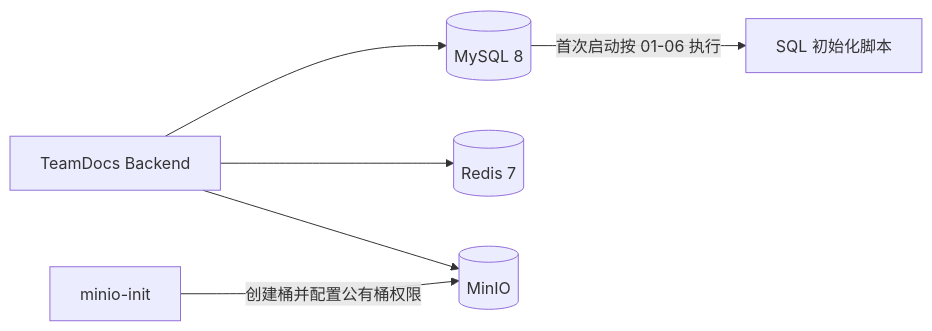
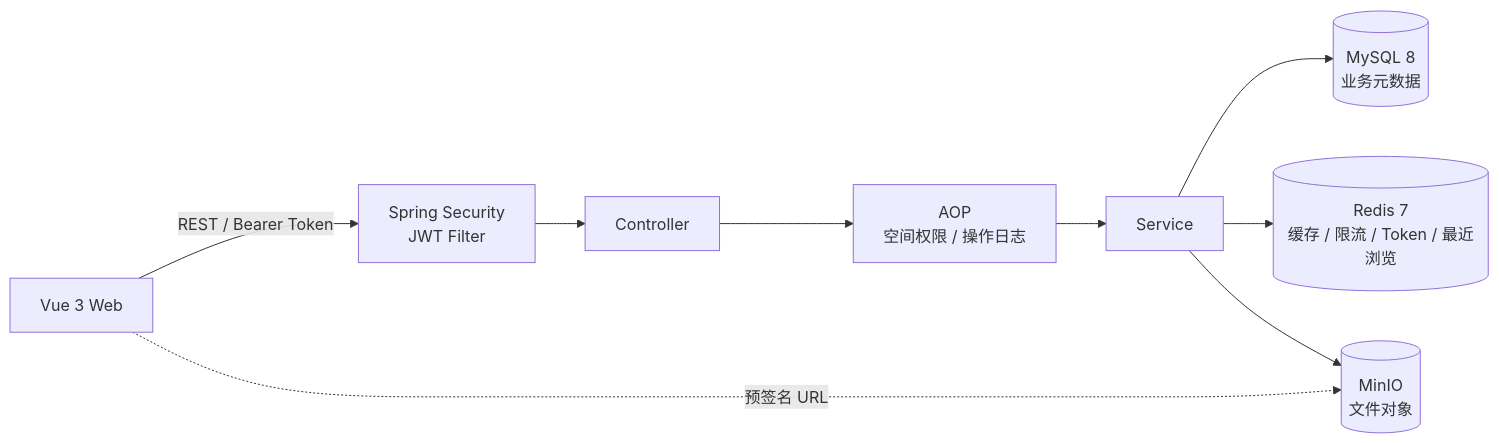
One commit to Git-creat7/teamdocs changed the diagram in README.md. Above: the diagram before and after it, drawn with Mermaid. The commit also changed other lines of this file and 3 other files, not shown here.

````diff
--- a/README.md
+++ b/README.md
@@ -52,8 +39,11 @@
 ```mermaid
 flowchart LR
-    Backend[TeamDocs Backend] --> MySQL[(MySQL 8)]
-    Backend --> Redis[(Redis 7)]
-    Backend --> MinIO[(MinIO)]
-    Init[minio-init] -->|创建桶并配置公有桶权限| MinIO
-    MySQL -->|首次启动按 01-06 执行| SQL[SQL 初始化脚本]
+    Browser[Vue 3 Web] -->|REST / Bearer Token| Security[Spring Security<br/>JWT Filter]
+    Security --> Controller[Controller]
+    Controller --> Aspect[AOP<br/>空间权限 / 操作日志]
+    Aspect --> Service[Service]
+    Service --> MySQL[(MySQL 8<br/>业务元数据)]
+    Service --> Redis[(Redis 7<br/>缓存 / 限流 / Token / 最近浏览)]
+    Service --> MinIO[(MinIO<br/>文件对象)]
+    Browser -. 预签名 URL .-> MinIO
 ```
````
